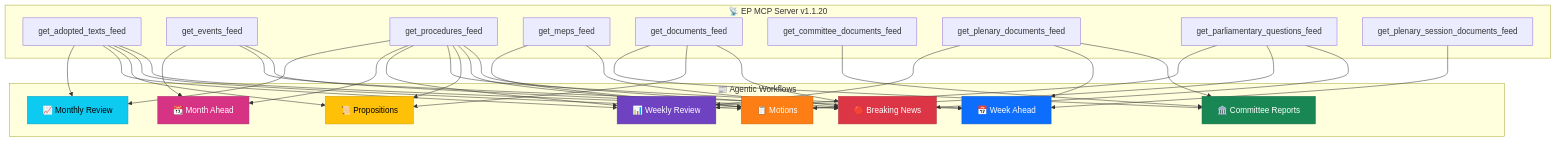
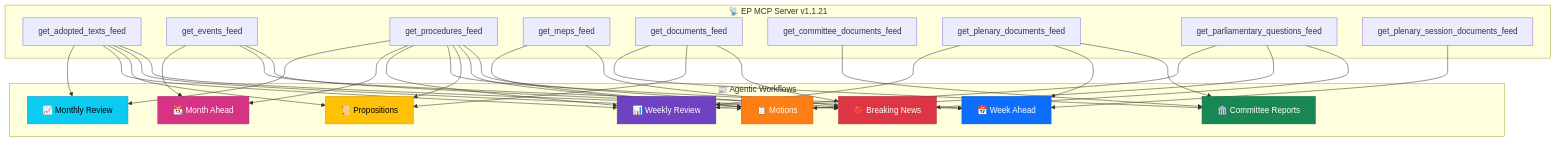
Before and after one commit to Hack23/euparliamentmonitor: the fifth of 7 diagrams in analysis/README.md, drawn with Mermaid. The commit also changed other lines of this file and 25 other files, not shown here.

First line of the commit message:
chore: update european-parliament-mcp-server references from 1.1.20 to 1.1.21 across all files

````diff
--- a/analysis/README.md
+++ b/analysis/README.md
@@ -357,44 +357,44 @@
 ```mermaid
 flowchart TD
-    subgraph "📡 EP MCP Server v1.1.20"
+    subgraph "📡 EP MCP Server v1.1.21"
         F1["get_adopted_texts_feed"]
         F2["get_events_feed"]
         F3["get_procedures_feed"]
         F4["get_meps_feed"]
         F5["get_documents_feed"]
         F6["get_committee_documents_feed"]
         F7["get_plenary_documents_feed"]
         F8["get_parliamentary_questions_feed"]
         F9["get_plenary_session_documents_feed"]
     end
 
     subgraph "📰 Agentic Workflows"
         W1["🔴 Breaking News"]
         W2["📋 Motions"]
         W3["📜 Propositions"]
         W4["🏛️ Committee Reports"]
         W5["📅 Week Ahead"]
         W6["📊 Weekly Review"]
         W7["📆 Month Ahead"]
         W8["📈 Monthly Review"]
     end
 
     F1 --> W1 & W2 & W3 & W6 & W8
     F2 --> W1 & W5 & W7
     F3 --> W1 & W2 & W3 & W5 & W6 & W7 & W8
     F4 --> W1 & W2
     F5 --> W1 & W3 & W4
     F6 --> W4
     F7 --> W4 & W5 & W6
     F8 --> W1 & W2 & W6
     F9 --> W5
 
     style W1 fill:#dc3545,stroke:#b02a37,color:#fff
     style W2 fill:#fd7e14,stroke:#ca6510,color:#fff
     style W3 fill:#ffc107,stroke:#cc9a06,color:#000
     style W4 fill:#198754,stroke:#146c43,color:#fff
     style W5 fill:#0d6efd,stroke:#0a58ca,color:#fff
     style W6 fill:#6f42c1,stroke:#59359a,color:#fff
     style W7 fill:#d63384,stroke:#ab296a,color:#fff
     style W8 fill:#0dcaf0,stroke:#0aa2c0,color:#000
 ```
````
